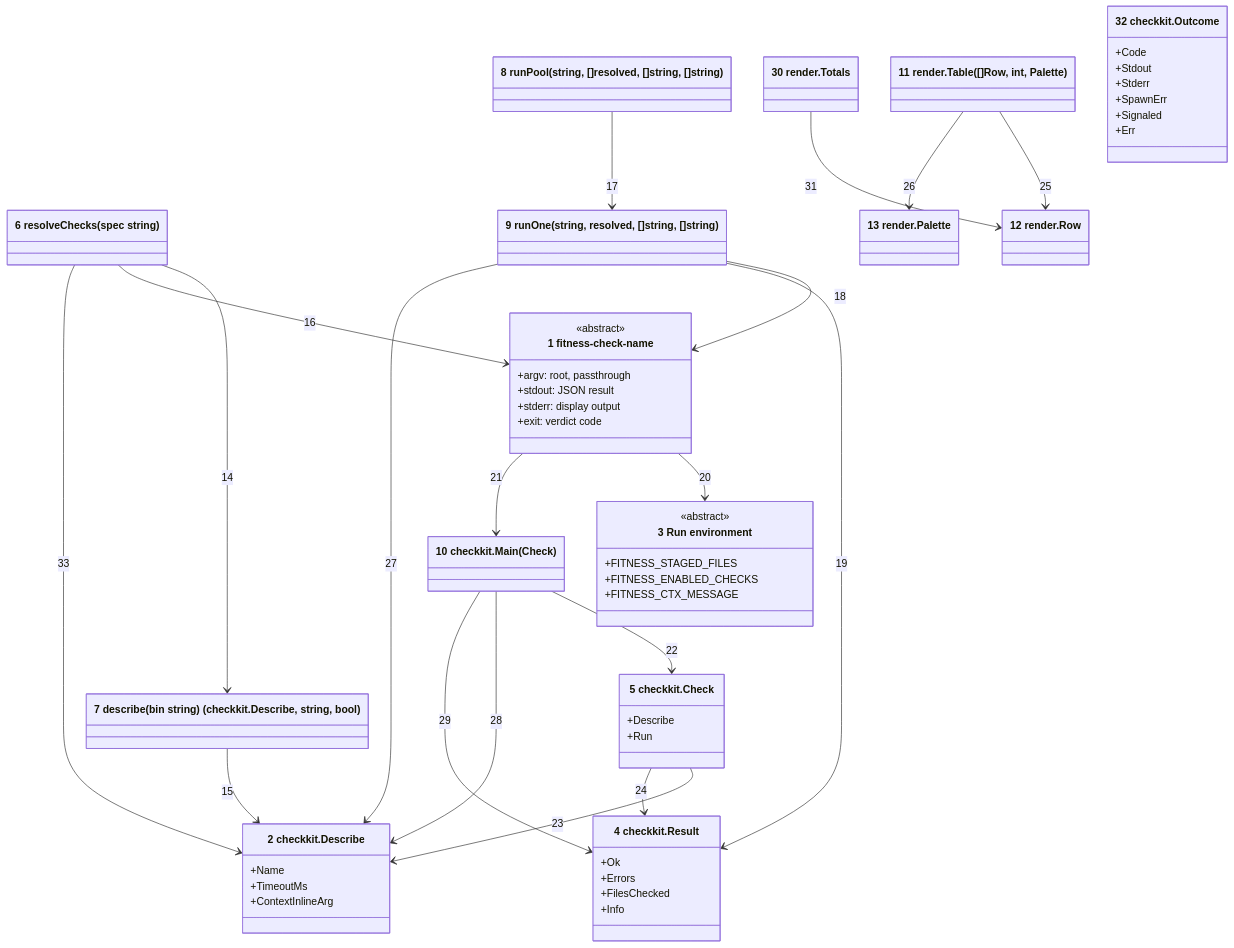
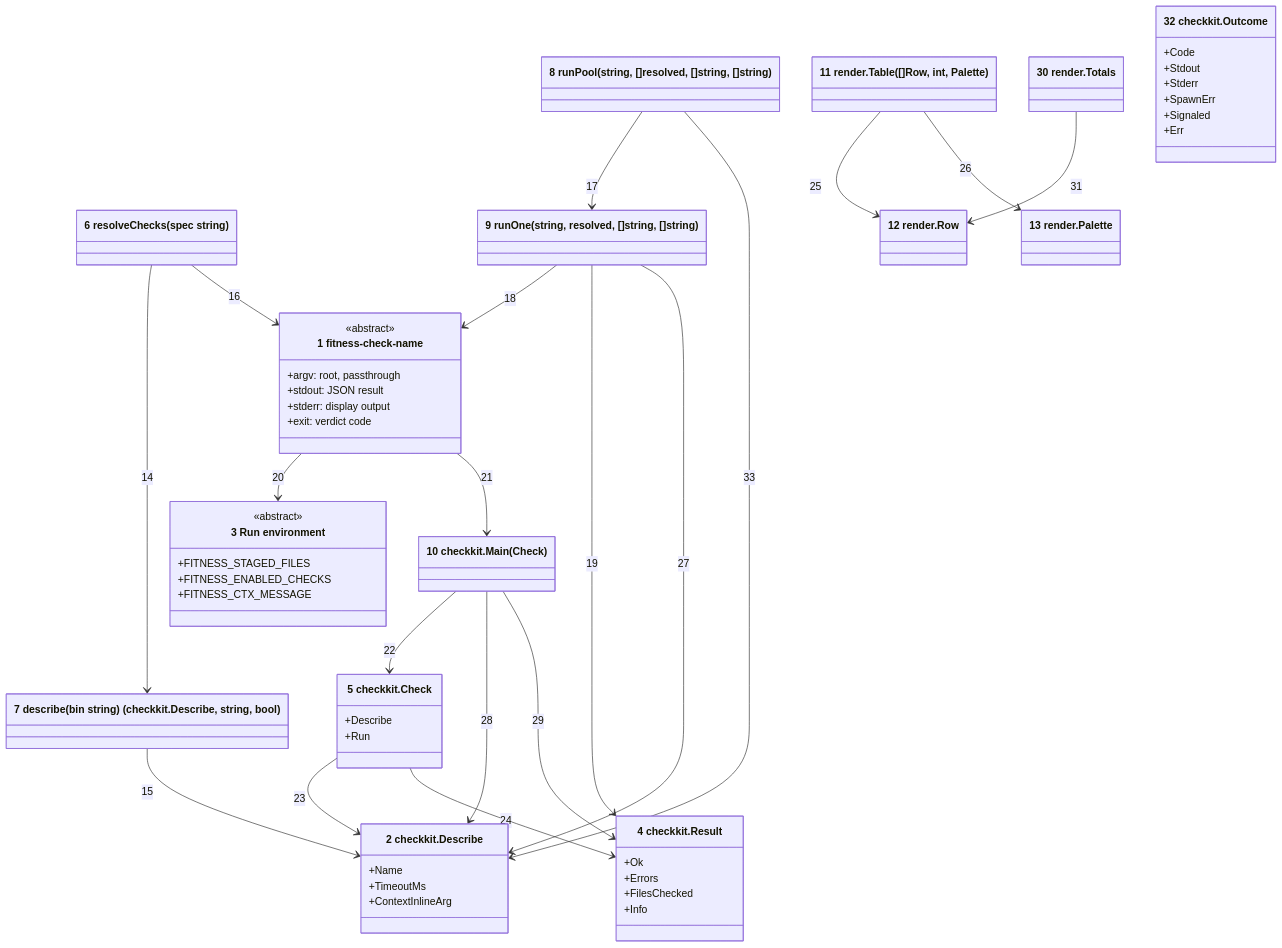
Before and after one commit to may-journal/fitness-runner: the first of 2 diagrams in docs/architecture/04-code.md, drawn with Mermaid. The commit also changed other lines of this file and 4 other files, not shown here.

````diff
--- a/docs/architecture/04-code.md
+++ b/docs/architecture/04-code.md
@@ -8,67 +8,67 @@
 ```mermaid
 classDiagram
     class CheckBinary["1 fitness-check-name"] {
         <<abstract>>
         +argv: root, passthrough
         +stdout: JSON result
         +stderr: display output
         +exit: verdict code
     }
     class Describe["2 checkkit.Describe"] {
         +Name
         +TimeoutMs
         +ContextInlineArg
     }
     class RunEnv["3 Run environment"] {
         <<abstract>>
         +FITNESS_STAGED_FILES
         +FITNESS_ENABLED_CHECKS
         +FITNESS_CTX_MESSAGE
     }
     class Result["4 checkkit.Result"] {
         +Ok
         +Errors
         +FilesChecked
         +Info
     }
     class Check["5 checkkit.Check"] {
         +Describe
         +Run
     }
     class resolveChecks["6 resolveChecks(spec string)"]
     class describe["7 describe(bin string) (checkkit.Describe, string, bool)"]
     class runPool["8 runPool(string, []resolved, []string, []string)"]
     class runOne["9 runOne(string, resolved, []string, []string)"]
     class checkkitMain["10 checkkit.Main(Check)"]
     class renderTable["11 render.Table([]Row, int, Palette)"]
     class Row["12 render.Row"]
     class Palette["13 render.Palette"]
     class Totals["30 render.Totals"]
     class Outcome["32 checkkit.Outcome"] {
         +Code
         +Stdout
         +Stderr
         +SpawnErr
         +Signaled
         +Err
     }
 
     resolveChecks --> describe : 14
     describe --> Describe : 15
     resolveChecks --> CheckBinary : 16
     runPool --> runOne : 17
     runOne --> CheckBinary : 18
     runOne --> Result : 19
     CheckBinary --> RunEnv : 20
     CheckBinary --> checkkitMain : 21
     checkkitMain --> Check : 22
     Check --> Describe : 23
     Check --> Result : 24
     renderTable --> Row : 25
     renderTable --> Palette : 26
     runOne --> Describe : 27
     checkkitMain --> Describe : 28
     checkkitMain --> Result : 29
     Totals --> Row : 31
-    resolveChecks --> Describe : 33
+    runPool --> Describe : 33
 ```
````
